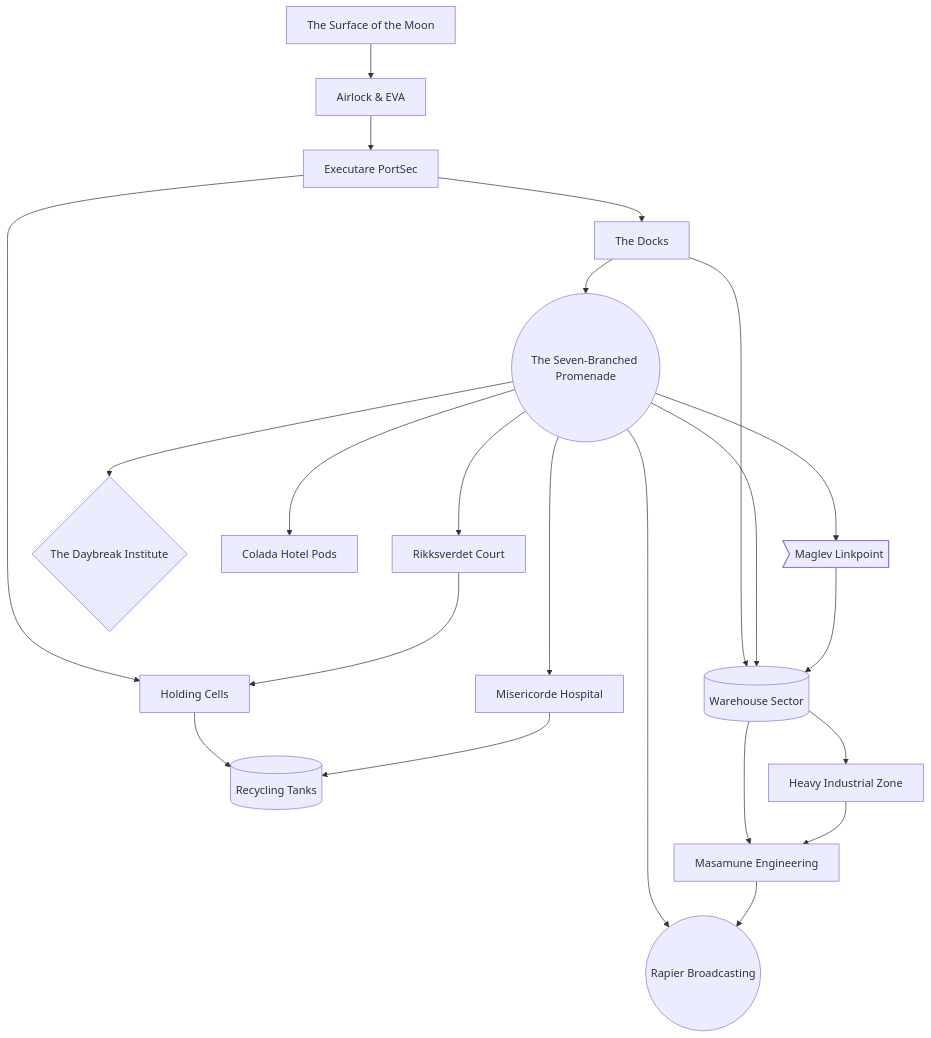
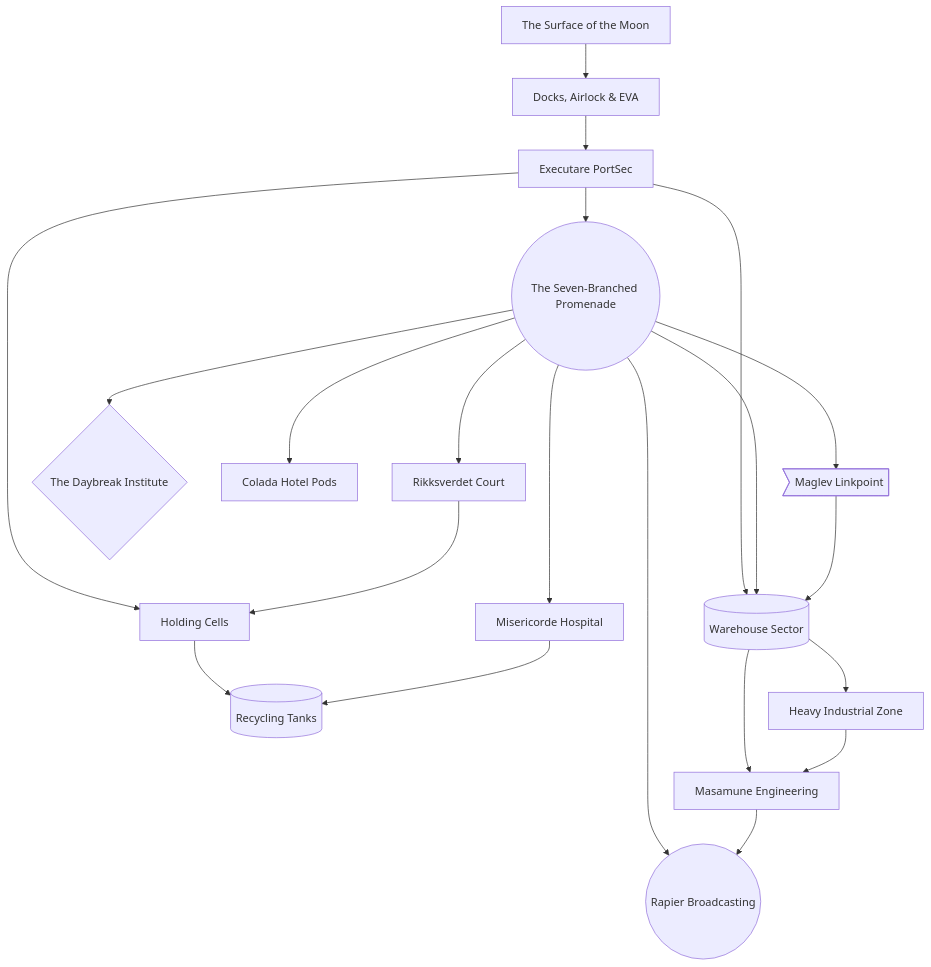
Before and after one commit to cube-drone/rt0: the diagram in players-guide/src/gm/locations/joyeuse.md, drawn with Mermaid. The commit also changed other lines of this file and 28 other files, not shown here.

````diff
--- a/players-guide/src/gm/locations/joyeuse.md
+++ b/players-guide/src/gm/locations/joyeuse.md
@@ -9,41 +7,39 @@
 ```mermaid
 graph TD;
     SURFACE["The Surface of the Moon"];
-    AIRLOCK["Airlock & EVA"];
-    DOCKS["The Docks"];
+    AIRLOCK["Docks, Airlock & EVA"];
     CUSTOMS["Executare PortSec"];
     COURT["Rikksverdet Court"];
     PRISON["Holding Cells"];
     CEMETARY[("Recycling Tanks")];
     HOSPITAL["Misericorde Hospital"];
     HUB(("The Seven-Branched Promenade"));
     DAYBREAK{"The Daybreak Institute"};
     HOTEL["Colada Hotel Pods"];
     INDUSTRIAL["Heavy Industrial Zone"];
     WAREHOUSE[("Warehouse Sector")];
     TRANSPORT>"Maglev Linkpoint"];
     STUDIO(("Rapier Broadcasting"));
     LABS["Masamune Engineering"]
 
     SURFACE-->AIRLOCK;
     AIRLOCK-->CUSTOMS;
-    CUSTOMS-->DOCKS;
-    DOCKS-->HUB;
-    DOCKS-->WAREHOUSE;
+    CUSTOMS-->HUB;
     CUSTOMS-->PRISON;
+    CUSTOMS-->WAREHOUSE;
     PRISON-->CEMETARY;
     HUB-->COURT;
     COURT-->PRISON;
     HOSPITAL-->CEMETARY;
     HUB-->HOSPITAL;
     HUB-->HOTEL;
     HUB-->DAYBREAK;
     HUB-->WAREHOUSE;
     HUB-->TRANSPORT;
     TRANSPORT-->WAREHOUSE;
     HUB-->STUDIO;
     WAREHOUSE-->LABS;
     WAREHOUSE-->INDUSTRIAL;
     INDUSTRIAL-->LABS;
     LABS-->STUDIO;
 ```
````
